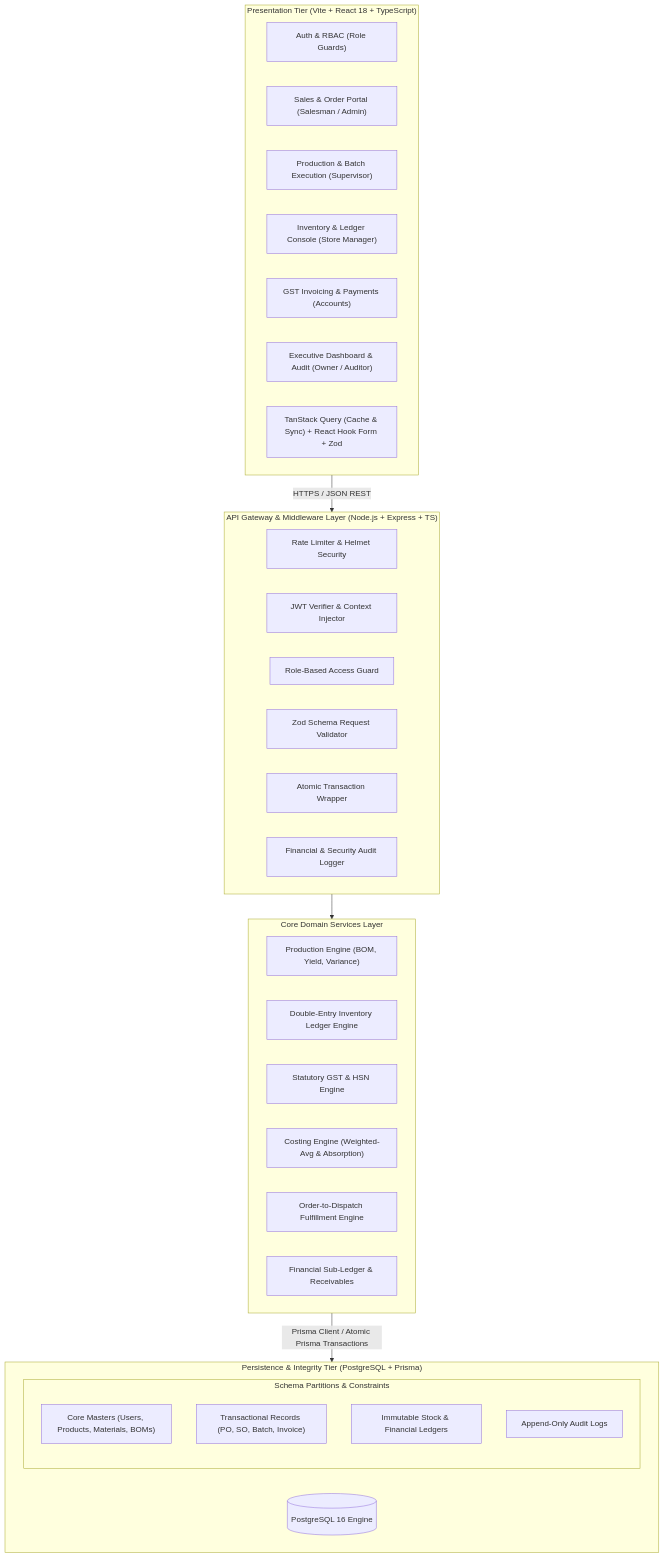
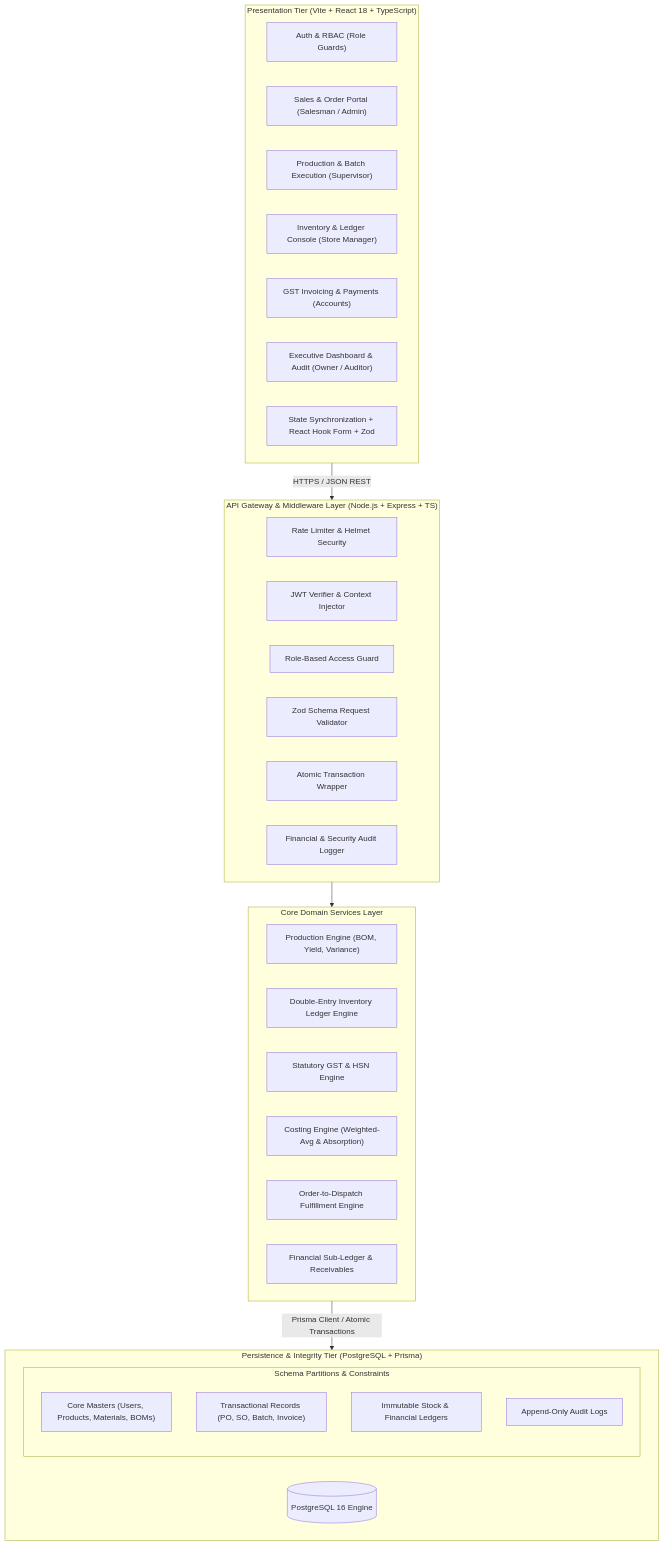
One commit to ramanan-sethuraman/Stockledger changed the first of 2 diagrams in docs/SYSTEM_ARCHITECTURE.md. Above: the diagram before and after it, drawn with Mermaid. The commit also changed other lines of this file and 23 other files, not shown here.

````diff
--- a/docs/SYSTEM_ARCHITECTURE.md
+++ b/docs/SYSTEM_ARCHITECTURE.md
@@ -6,44 +6,44 @@
 ```mermaid
 flowchart TD
     subgraph CLIENT_TIER["Presentation Tier (Vite + React 18 + TypeScript)"]
         UI_AUTH["Auth & RBAC (Role Guards)"]
         UI_SALES["Sales & Order Portal (Salesman / Admin)"]
         UI_PROD["Production & Batch Execution (Supervisor)"]
         UI_INV["Inventory & Ledger Console (Store Manager)"]
         UI_FIN["GST Invoicing & Payments (Accounts)"]
         UI_DASH["Executive Dashboard & Audit (Owner / Auditor)"]
-        STATE_MGR["TanStack Query (Cache & Sync) + React Hook Form + Zod"]
+        STATE_MGR["State Synchronization + React Hook Form + Zod"]
     end
 
     subgraph API_GATEWAY["API Gateway & Middleware Layer (Node.js + Express + TS)"]
         RATE_LIMIT["Rate Limiter & Helmet Security"]
         AUTH_MW["JWT Verifier & Context Injector"]
         RBAC_MW["Role-Based Access Guard"]
         VALID_MW["Zod Schema Request Validator"]
         TXN_INTERCEPTOR["Atomic Transaction Wrapper"]
         AUDIT_MW["Financial & Security Audit Logger"]
     end
 
     subgraph BUSINESS_ENGINES["Core Domain Services Layer"]
         PROD_ENGINE["Production Engine (BOM, Yield, Variance)"]
         INV_ENGINE["Double-Entry Inventory Ledger Engine"]
         TAX_ENGINE["Statutory GST & HSN Engine"]
         COST_ENGINE["Costing Engine (Weighted-Avg & Absorption)"]
         SALES_ENGINE["Order-to-Dispatch Fulfillment Engine"]
         LEDGER_ENG["Financial Sub-Ledger & Receivables"]
     end
 
     subgraph DATA_TIER["Persistence & Integrity Tier (PostgreSQL + Prisma)"]
         PG_DB[(PostgreSQL 16 Engine)]
         subgraph PG_SCHEMAS["Schema Partitions & Constraints"]
             TABLES_CORE["Core Masters (Users, Products, Materials, BOMs)"]
             TABLES_TXN["Transactional Records (PO, SO, Batch, Invoice)"]
             TABLES_LEDGER["Immutable Stock & Financial Ledgers"]
             TABLES_AUDIT["Append-Only Audit Logs"]
         end
     end
 
     CLIENT_TIER -->|HTTPS / JSON REST| API_GATEWAY
     API_GATEWAY --> BUSINESS_ENGINES
-    BUSINESS_ENGINES -->|Prisma Client / Atomic Prisma Transactions| DATA_TIER
+    BUSINESS_ENGINES -->|Prisma Client / Atomic Transactions| DATA_TIER
 ```
````
